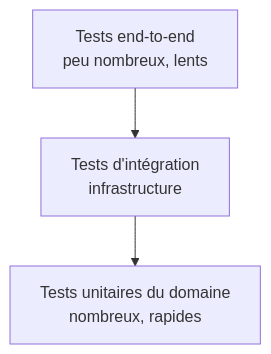
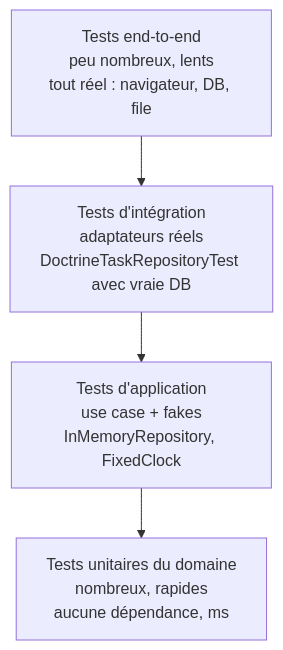
Before and after one commit to tanguychenier/architecture-hexagonale: the ninth of 11 diagrams in README.md, drawn with Mermaid. The commit also changed other lines of this file, not shown here.

````diff
--- a/README.md
+++ b/README.md
@@ -742,6 +813,7 @@
 ```mermaid
 flowchart TB
-    E2E[Tests end-to-end<br/>peu nombreux, lents] --> INT
-    INT[Tests d'intégration<br/>infrastructure] --> UNIT
-    UNIT[Tests unitaires du domaine<br/>nombreux, rapides]
+    E2E[Tests end-to-end<br/>peu nombreux, lents<br/>tout réel : navigateur, DB, file] --> INT
+    INT[Tests d'intégration<br/>adaptateurs réels<br/>DoctrineTaskRepositoryTest avec vraie DB] --> APP
+    APP[Tests d'application<br/>use case + fakes<br/>InMemoryRepository, FixedClock] --> UNIT
+    UNIT[Tests unitaires du domaine<br/>nombreux, rapides<br/>aucune dépendance, ms]
 ```
````
